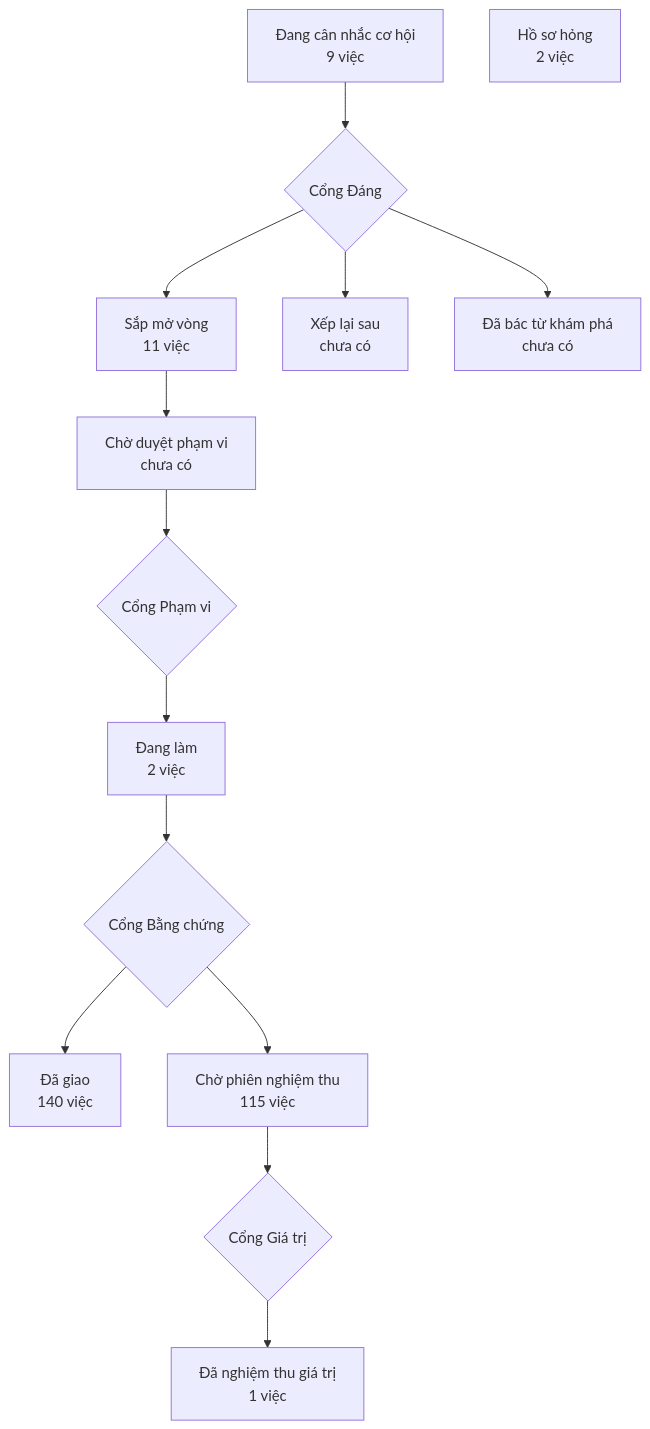
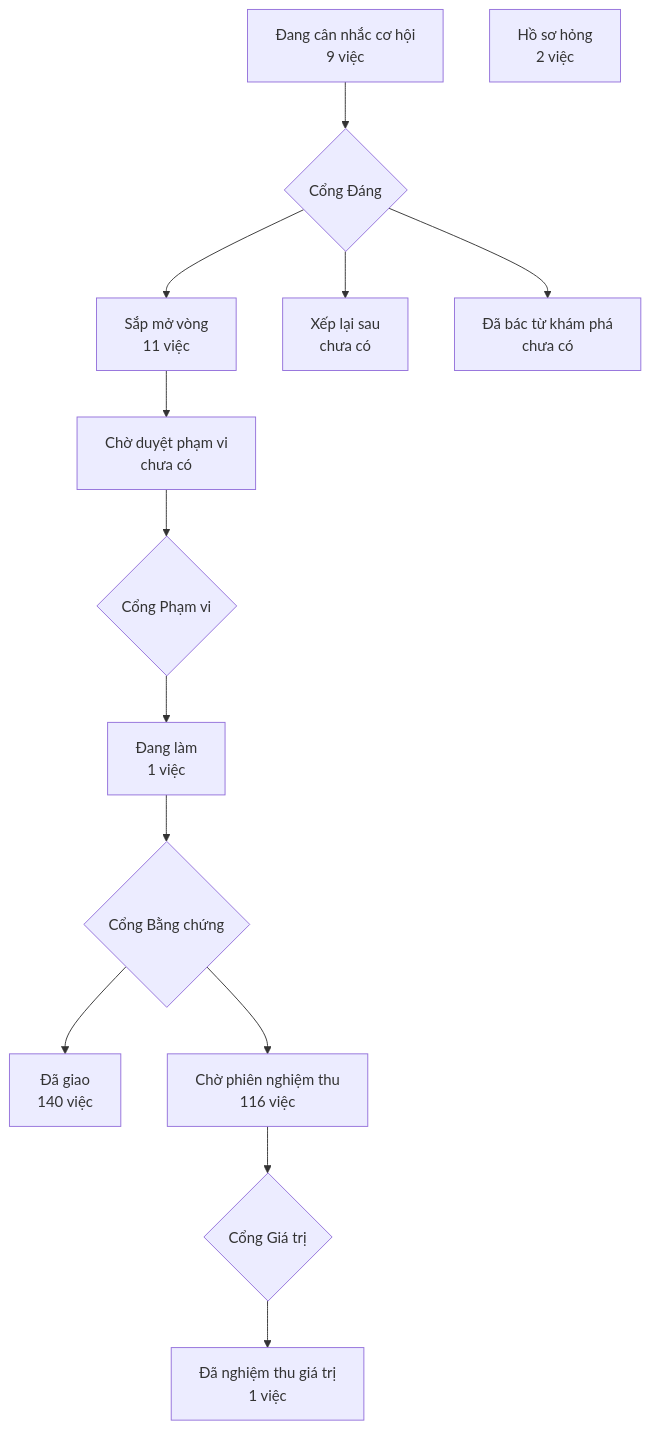
One commit to phanlemanh/crm-onehub changed the diagram in PRODUCT-MAP.md. Above: the diagram before and after it, drawn with Mermaid. The commit also changed 4 other files, not shown here.

````diff
--- a/PRODUCT-MAP.md
+++ b/PRODUCT-MAP.md
@@ -7,13 +7,13 @@
 ```mermaid
 flowchart TD
   A["Đang cân nhắc cơ hội<br/>9 việc"] --> GD{"Cổng Đáng"}
   GD --> B["Sắp mở vòng<br/>11 việc"]
   GD --> XL["Xếp lại sau<br/>chưa có"]
   GD --> DB["Đã bác từ khám phá<br/>chưa có"]
   B --> CD["Chờ duyệt phạm vi<br/>chưa có"] --> GP{"Cổng Phạm vi"}
-  GP --> DL["Đang làm<br/>2 việc"] --> GB{"Cổng Bằng chứng"}
+  GP --> DL["Đang làm<br/>1 việc"] --> GB{"Cổng Bằng chứng"}
   GB --> DG["Đã giao<br/>140 việc"]
-  GB --> CN["Chờ phiên nghiệm thu<br/>115 việc"] --> GG{"Cổng Giá trị"}
+  GB --> CN["Chờ phiên nghiệm thu<br/>116 việc"] --> GG{"Cổng Giá trị"}
   GG --> NT["Đã nghiệm thu giá trị<br/>1 việc"]
   HS["Hồ sơ hỏng<br/>2 việc"]
 ```
````
